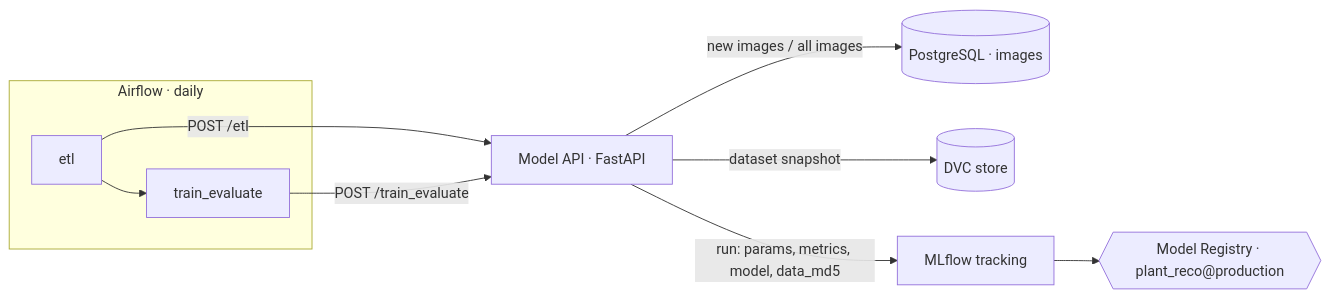
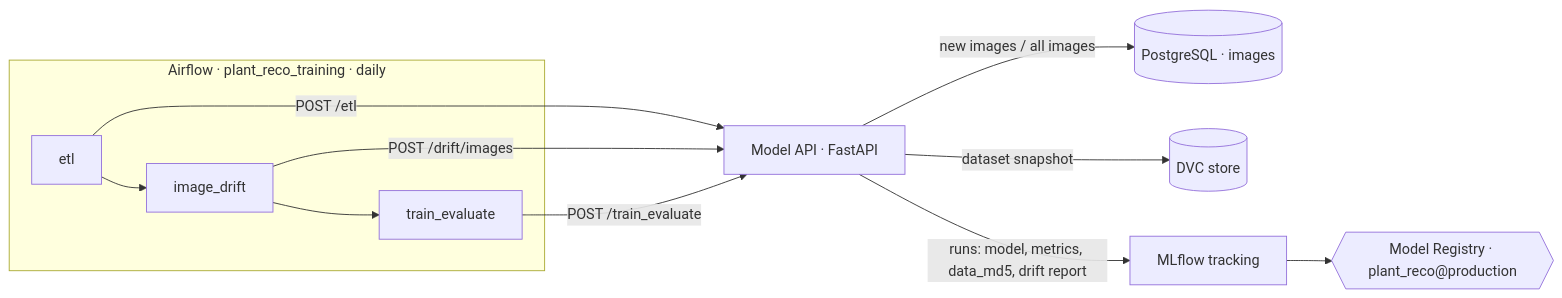
One commit to DataScientest-Studio/sep26_bmlops_int_plant_reco changed the second of 3 diagrams in README.md. Above: the diagram before and after it, drawn with Mermaid. The commit also changed other lines of this file, not shown here.

````diff
--- a/README.md
+++ b/README.md
@@ -50,12 +78,13 @@
 ```mermaid
 flowchart LR
-    subgraph AF["Airflow · daily"]
-        T1["etl"] --> T2["train_evaluate"]
+    subgraph AF["Airflow · plant_reco_training · daily"]
+        T1["etl"] --> T2["image_drift"] --> T3["train_evaluate"]
     end
     T1 -- "POST /etl" --> API["Model API · FastAPI"]
-    T2 -- "POST /train_evaluate" --> API
+    T2 -- "POST /drift/images" --> API
+    T3 -- "POST /train_evaluate" --> API
     API -- "new images / all images" --> DB[("PostgreSQL · images")]
     API -- "dataset snapshot" --> DVC[("DVC store")]
-    API -- "run: params, metrics, model, data_md5" --> MLF["MLflow tracking"]
+    API -- "runs: model, metrics, data_md5, drift report" --> MLF["MLflow tracking"]
     MLF --> REG{{"Model Registry · plant_reco@production"}}
 ```
````
